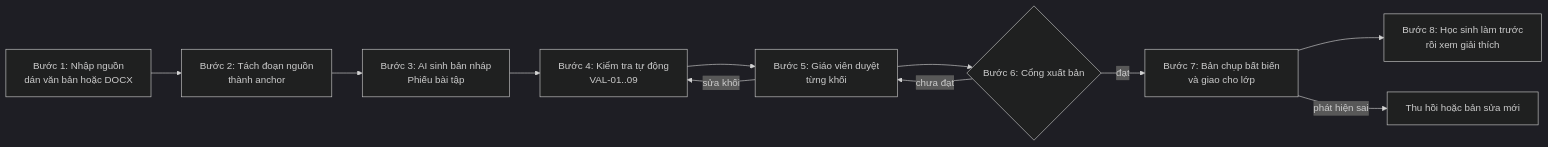
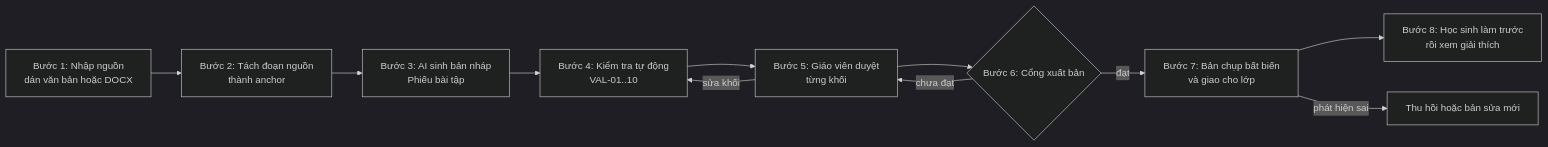
The first of 7 diagrams in docs/Proposal.md (preclass-ai/PreClassAI), drawn with Mermaid (dark theme) before and after one commit. The commit also changed other lines of this file and 21 other files, not shown here.

````diff
--- a/docs/Proposal.md
+++ b/docs/Proposal.md
@@ -114,13 +114,13 @@
 ```mermaid
 flowchart LR
     U[Bước 1: Nhập nguồn<br/>dán văn bản hoặc DOCX] --> P[Bước 2: Tách đoạn nguồn<br/>thành anchor]
     P --> G[Bước 3: AI sinh bản nháp<br/>Phiếu bài tập]
-    G --> V[Bước 4: Kiểm tra tự động<br/>VAL-01..09]
+    G --> V[Bước 4: Kiểm tra tự động<br/>VAL-01..10]
     V --> R[Bước 5: Giáo viên duyệt<br/>từng khối]
     R -->|sửa khối| V
     R --> PG{Bước 6: Cổng xuất bản}
     PG -->|chưa đạt| R
     PG -->|đạt| PUB[Bước 7: Bản chụp bất biến<br/>và giao cho lớp]
     PUB --> S[Bước 8: Học sinh làm trước<br/>rồi xem giải thích]
     PUB -->|phát hiện sai| W[Thu hồi hoặc bản sửa mới]
 ```
````
